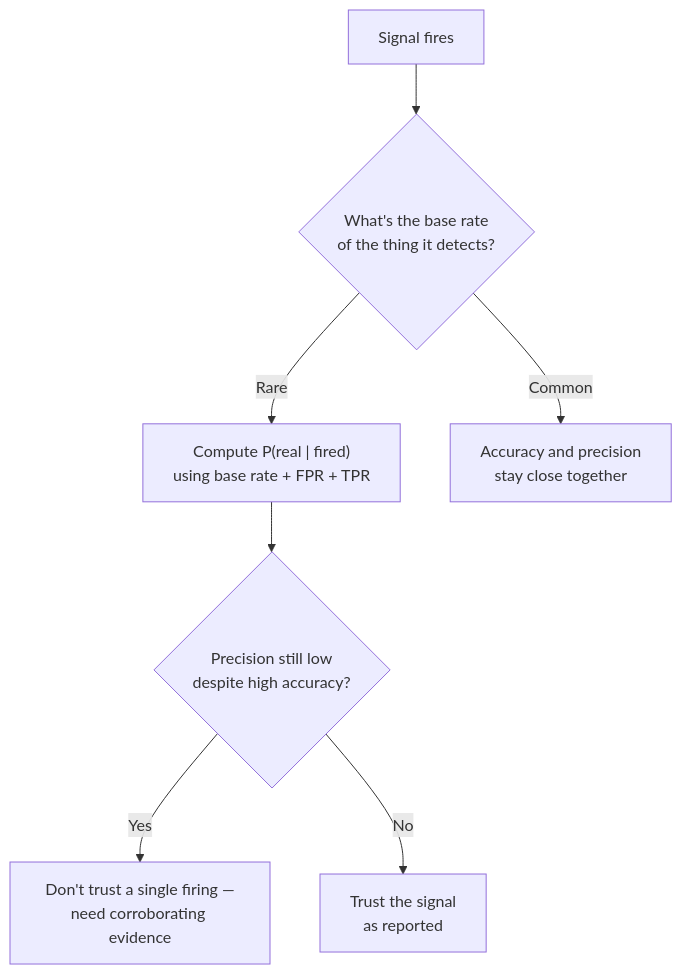
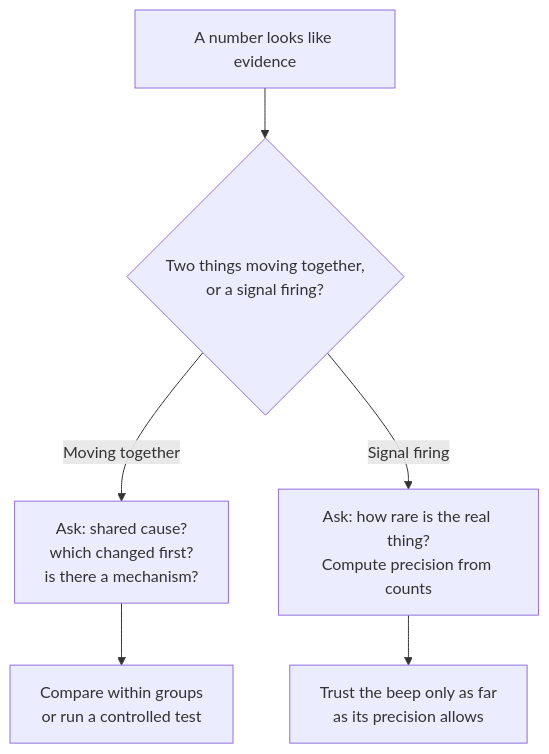
The third of 3 diagrams in src/content/logic/correlation-causation/L2-concept.mdx (francoandreDev/knowledge), drawn with Mermaid before and after one commit. The commit also changed other lines of this file and 3 other files, not shown here.

````diff
--- a/src/content/logic/correlation-causation/L2-concept.mdx
+++ b/src/content/logic/correlation-causation/L2-concept.mdx
@@ -96,9 +141,8 @@
 ```mermaid
 flowchart TD
-    A["Signal fires"] --> B{"What's the base rate\nof the thing it detects?"}
-    B -- "Rare" --> C["Compute P(real | fired)\nusing base rate + FPR + TPR"]
-    B -- "Common" --> D["Accuracy and precision\nstay close together"]
-    C --> E{"Precision still low\ndespite high accuracy?"}
-    E -- "Yes" --> F["Don't trust a single firing —\nneed corroborating evidence"]
-    E -- "No" --> G["Trust the signal\nas reported"]
+    A["A number looks like evidence"] --> B{"Two things moving together,\nor a signal firing?"}
+    B -- "Moving together" --> C["Ask: shared cause?\nwhich changed first?\nis there a mechanism?"]
+    B -- "Signal firing" --> D["Ask: how rare is the real thing?\nCompute precision from counts"]
+    C --> E["Compare within groups\nor run a controlled test"]
+    D --> F["Trust the beep only as far\nas its precision allows"]
 ```
````
